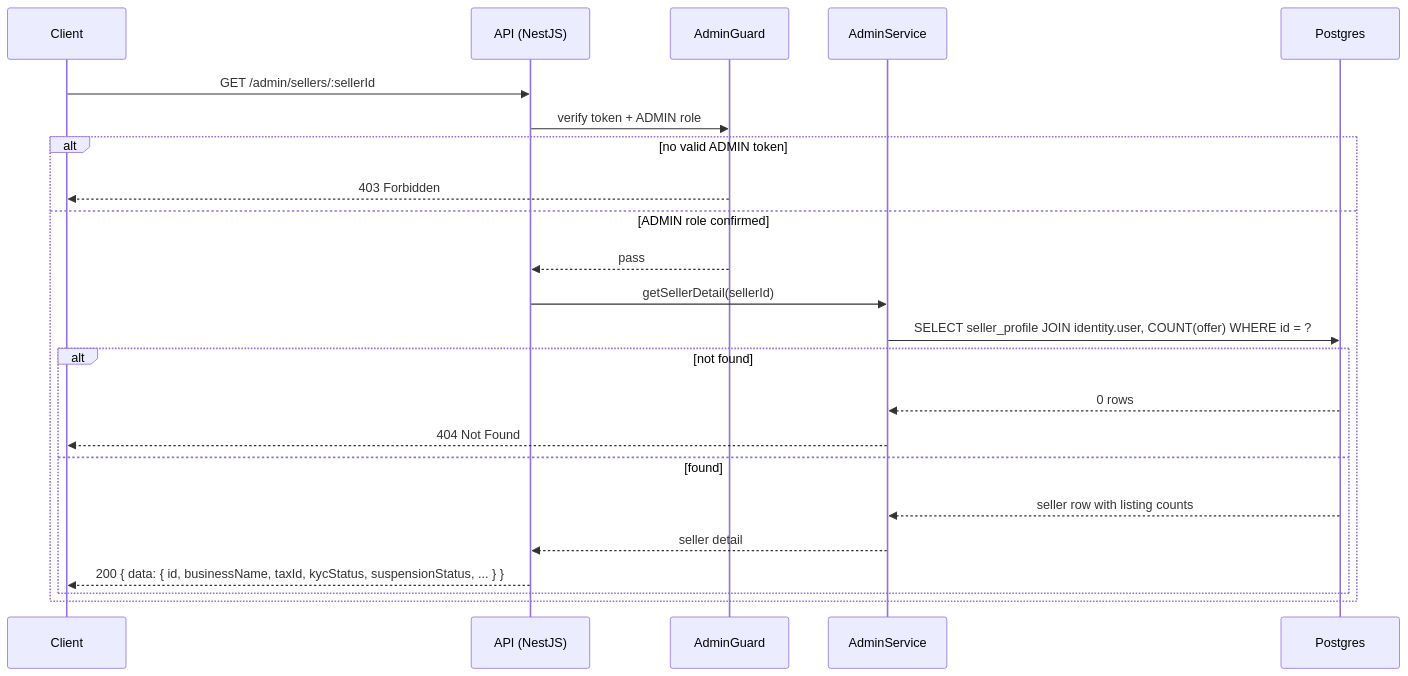
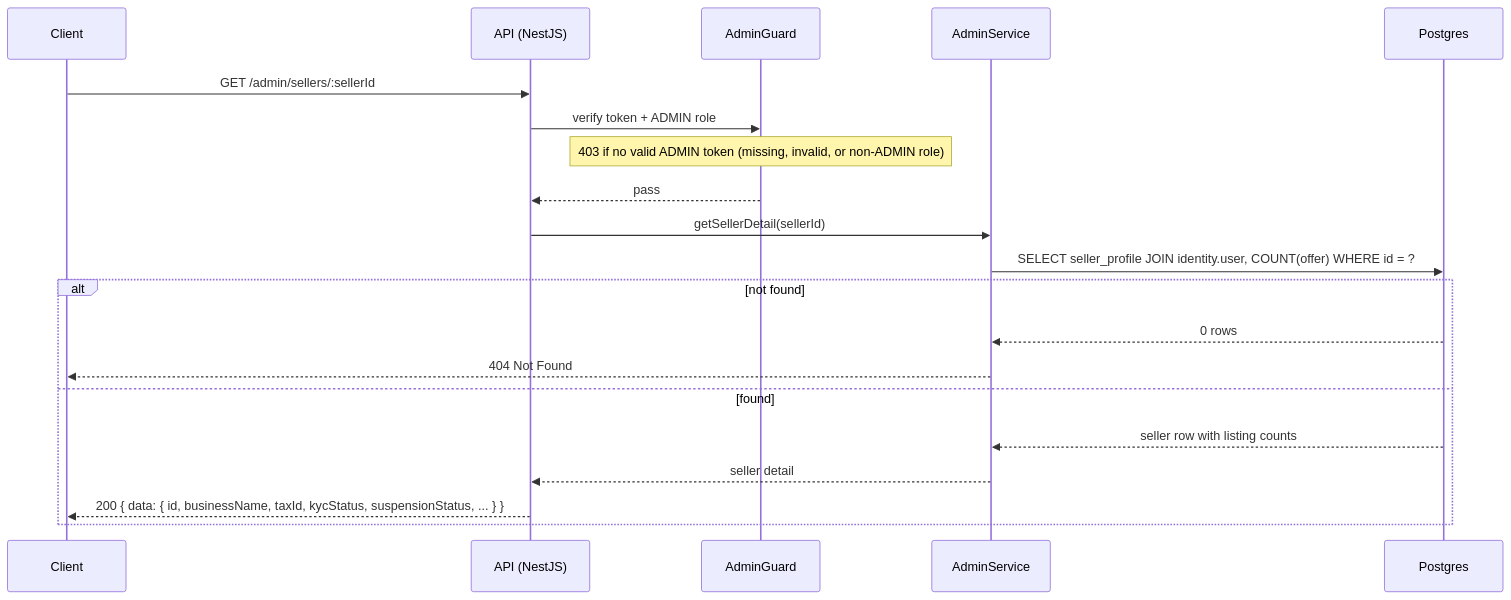
The fifth of 12 diagrams in phase-1/technical-design/api-design/admin.md (alisa-uthi/aliceut-ecom-document), drawn with Mermaid before and after one commit. The commit also changed other lines of this file and 35 other files, not shown here.

````diff
--- a/phase-1/technical-design/api-design/admin.md
+++ b/phase-1/technical-design/api-design/admin.md
@@ -303,26 +291,23 @@
 ```mermaid
 sequenceDiagram
     participant C as Client
     participant API as API (NestJS)
     participant G as AdminGuard
     participant S as AdminService
     participant PG as Postgres
 
     C->>API: GET /admin/sellers/:sellerId
     API->>G: verify token + ADMIN role
-    alt no valid ADMIN token
-        G-->>C: 403 Forbidden
-    else ADMIN role confirmed
-        G-->>API: pass
-        API->>S: getSellerDetail(sellerId)
-        S->>PG: SELECT seller_profile JOIN identity.user, COUNT(offer) WHERE id = ?
-        alt not found
-            PG-->>S: 0 rows
-            S-->>C: 404 Not Found
-        else found
-            PG-->>S: seller row with listing counts
-            S-->>API: seller detail
-            API-->>C: 200 { data: { id, businessName, taxId, kycStatus, suspensionStatus, ... } }
-        end
+    Note over G: 403 if no valid ADMIN token (missing, invalid, or non-ADMIN role)
+    G-->>API: pass
+    API->>S: getSellerDetail(sellerId)
+    S->>PG: SELECT seller_profile JOIN identity.user, COUNT(offer) WHERE id = ?
+    alt not found
+        PG-->>S: 0 rows
+        S-->>C: 404 Not Found
+    else found
+        PG-->>S: seller row with listing counts
+        S-->>API: seller detail
+        API-->>C: 200 { data: { id, businessName, taxId, kycStatus, suspensionStatus, ... } }
     end
 ```
````
